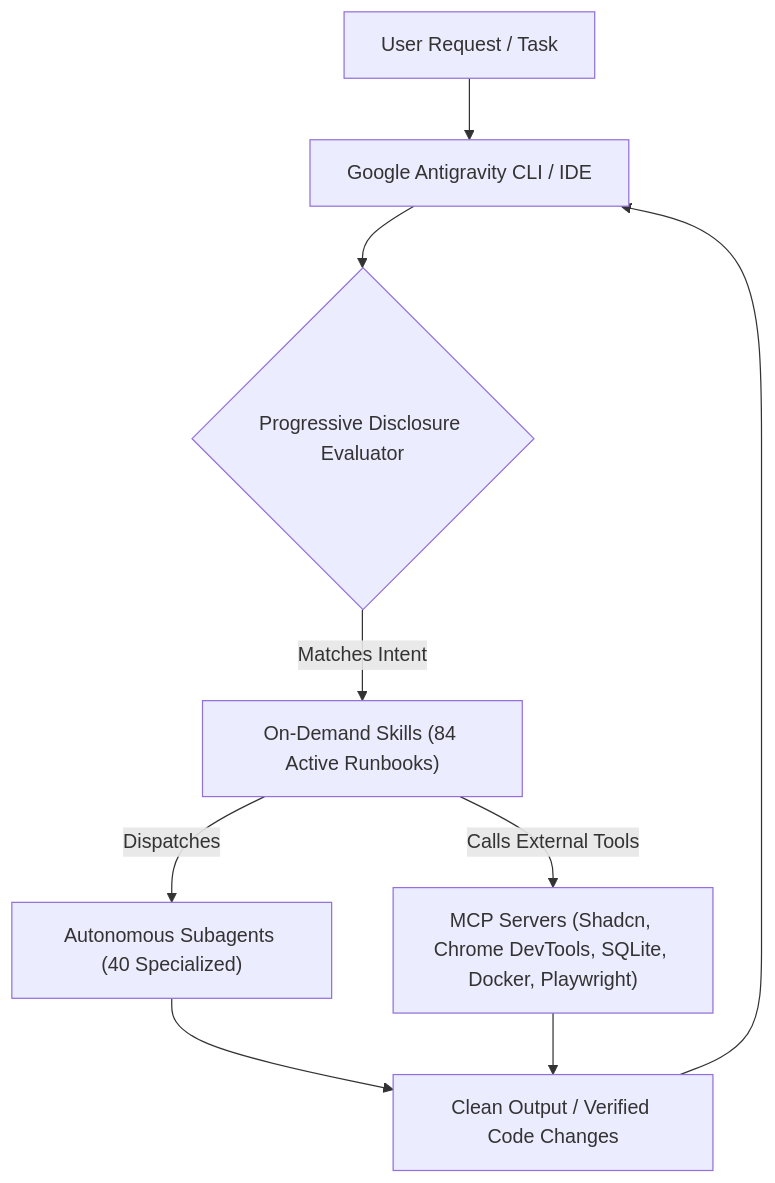
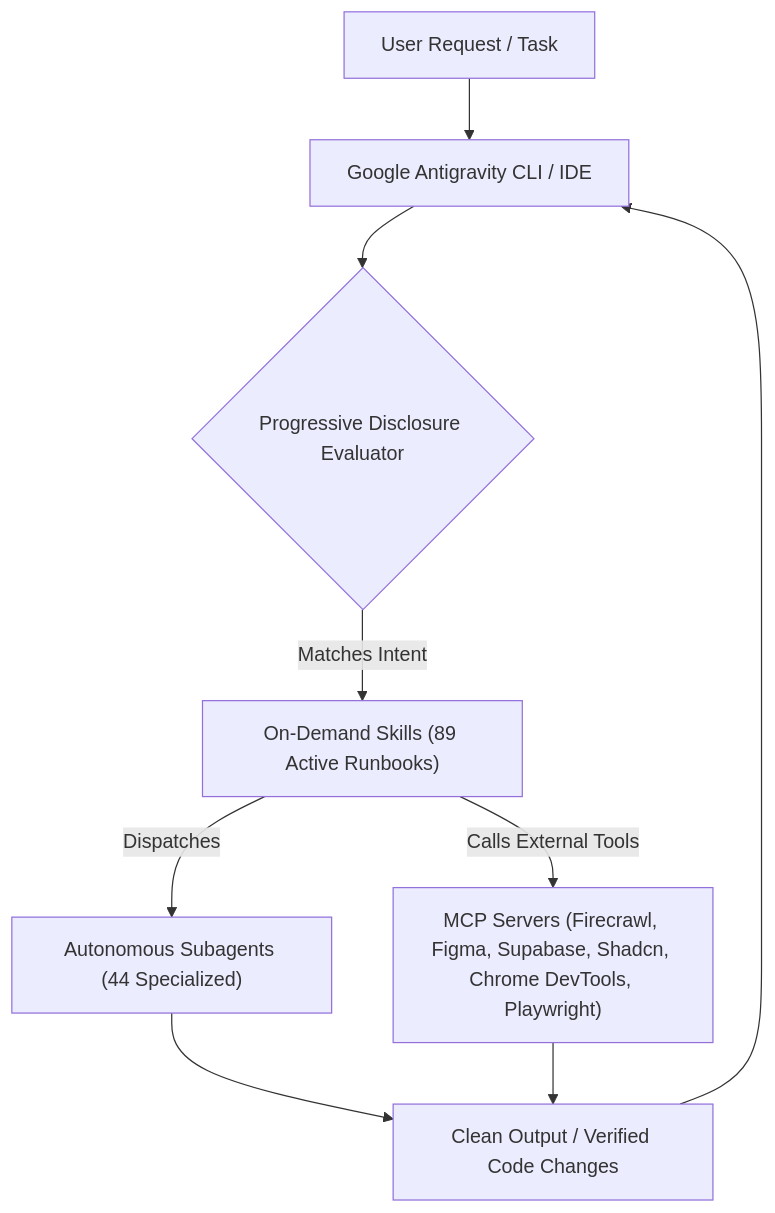
Before and after one commit to Ganeshbeldar015/Antigravity-Skills: the diagram in README.md, drawn with Mermaid. The commit also changed other lines of this file and 31 other files, not shown here.

Commit message:
feat: add web-design (avinyc), firecrawl, figma, and supabase plugins and MCP servers

````diff
--- a/README.md
+++ b/README.md
@@ -234,19 +241,19 @@
 ```mermaid
 flowchart TD
     U["User Request / Task"]
     CLI["Google Antigravity CLI / IDE"]
     PD{"Progressive Disclosure Evaluator"}
-    SK["On-Demand Skills (84 Active Runbooks)"]
-    AG["Autonomous Subagents (40 Specialized)"]
-    MCP["MCP Servers (Shadcn, Chrome DevTools, SQLite, Docker, Playwright)"]
+    SK["On-Demand Skills (89 Active Runbooks)"]
+    AG["Autonomous Subagents (44 Specialized)"]
+    MCP["MCP Servers (Firecrawl, Figma, Supabase, Shadcn, Chrome DevTools, Playwright)"]
     RES["Clean Output / Verified Code Changes"]
 
     U --> CLI
     CLI --> PD
     PD -->|Matches Intent| SK
     SK -->|Dispatches| AG
     SK -->|Calls External Tools| MCP
     AG --> RES
     MCP --> RES
     RES --> CLI
 ```
````
